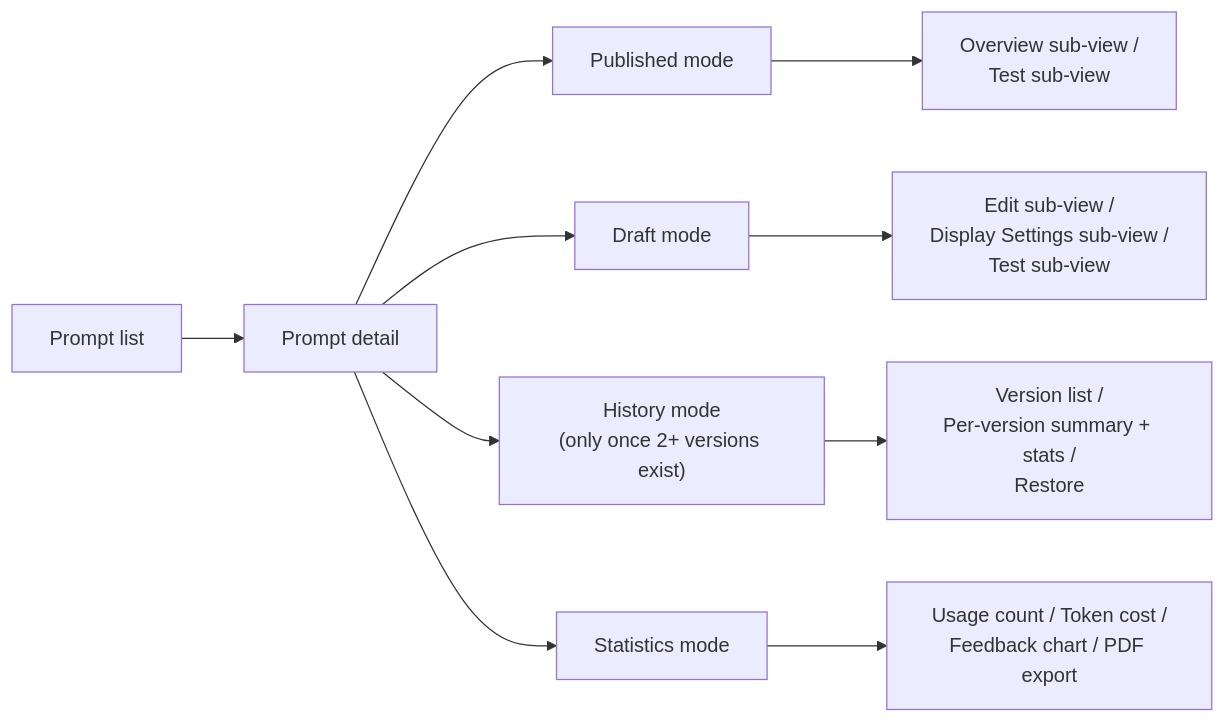
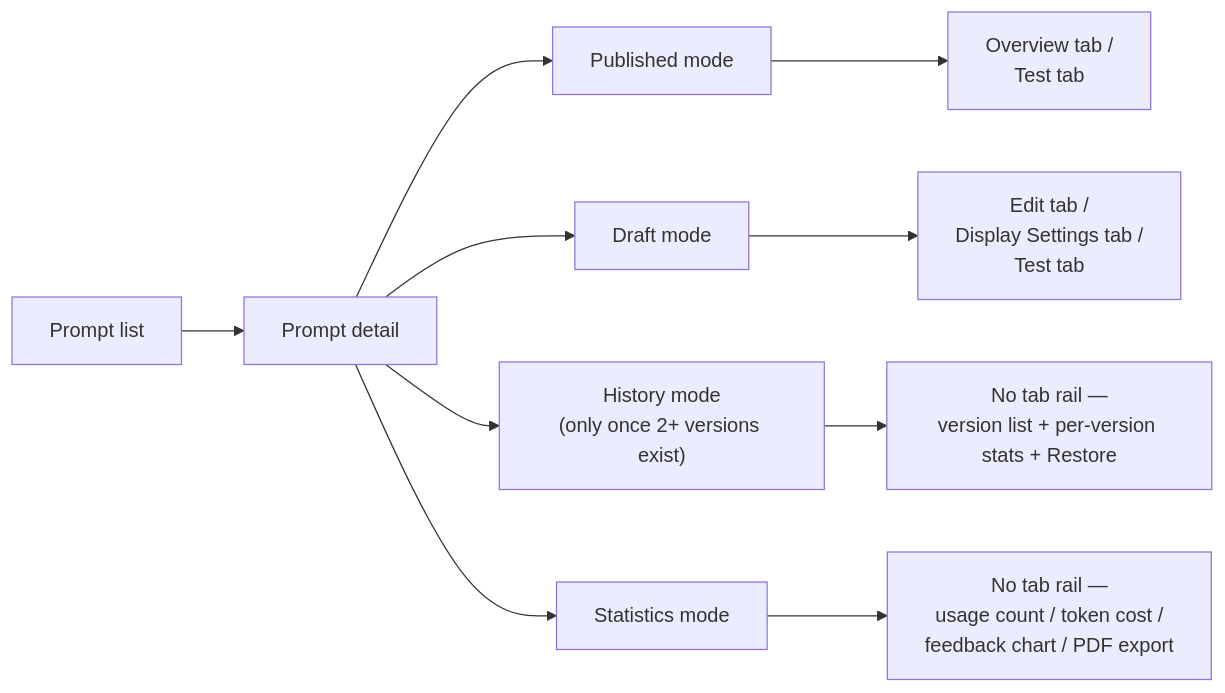
Before and after one commit to Uxopian/uxodocs: the diagram in docs/uxopian-ai/admin/managing_prompts.md, drawn with Mermaid. The commit also changed other lines of this file, not shown here.

````diff
--- a/docs/uxopian-ai/admin/managing_prompts.md
+++ b/docs/uxopian-ai/admin/managing_prompts.md
@@ -44,12 +47,12 @@
 ```mermaid
 graph LR
     A[Prompt list] --> B[Prompt detail]
     B --> P[Published mode]
     B --> D[Draft mode]
     B --> H["History mode<br/>(only once 2+ versions exist)"]
     B --> S[Statistics mode]
-    P --> P1[Overview sub-view /<br/>Test sub-view]
-    D --> D1[Edit sub-view /<br/>Display Settings sub-view /<br/>Test sub-view]
-    H --> H1[Version list /<br/>Per-version summary + stats /<br/>Restore]
-    S --> S1[Usage count / Token cost /<br/>Feedback chart / PDF export]
+    P --> P1["Overview tab /<br/>Test tab"]
+    D --> D1["Edit tab /<br/>Display Settings tab /<br/>Test tab"]
+    H --> H1["No tab rail —<br/>version list + per-version stats + Restore"]
+    S --> S1["No tab rail —<br/>usage count / token cost /<br/>feedback chart / PDF export"]
 ```
````
